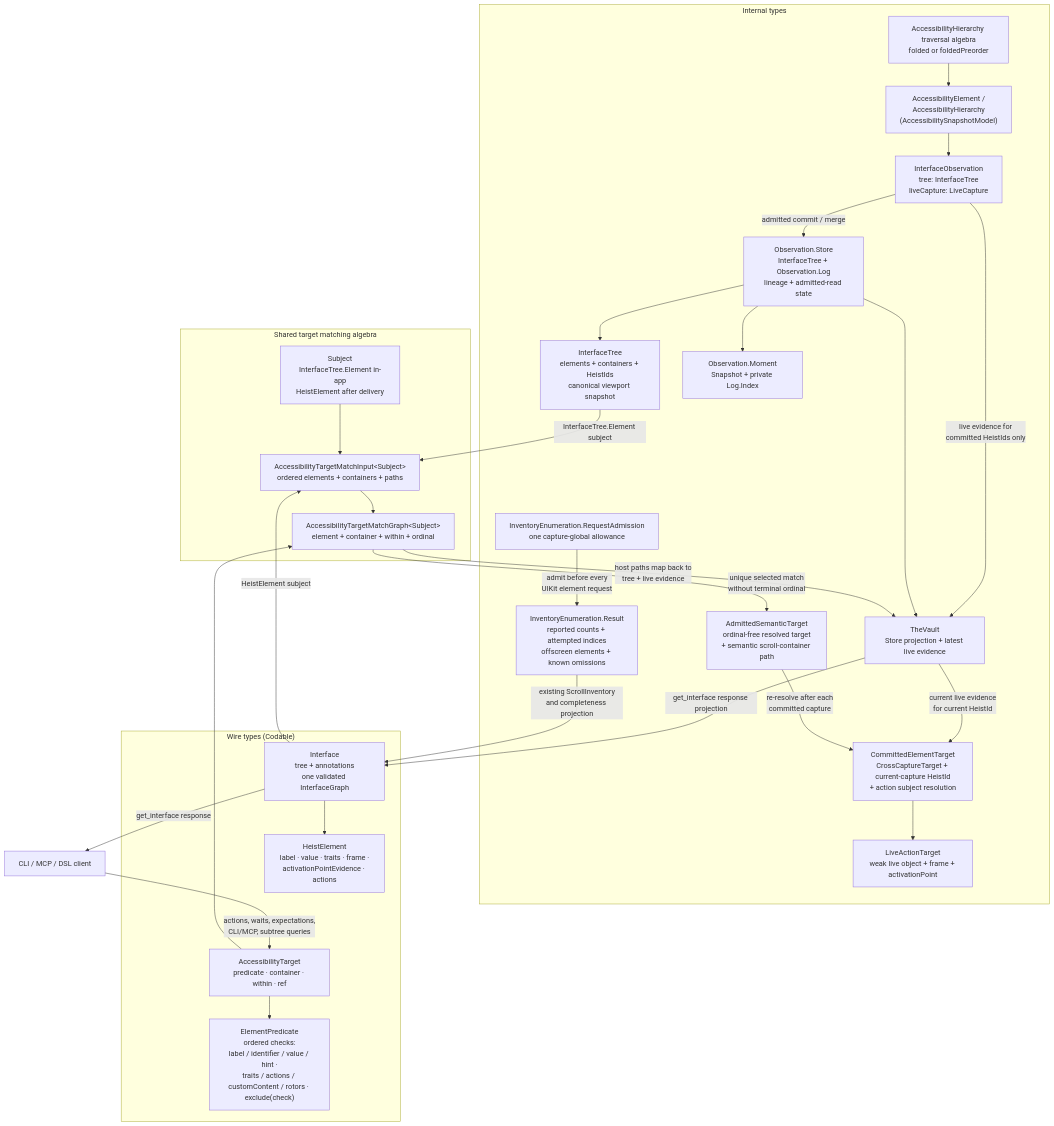
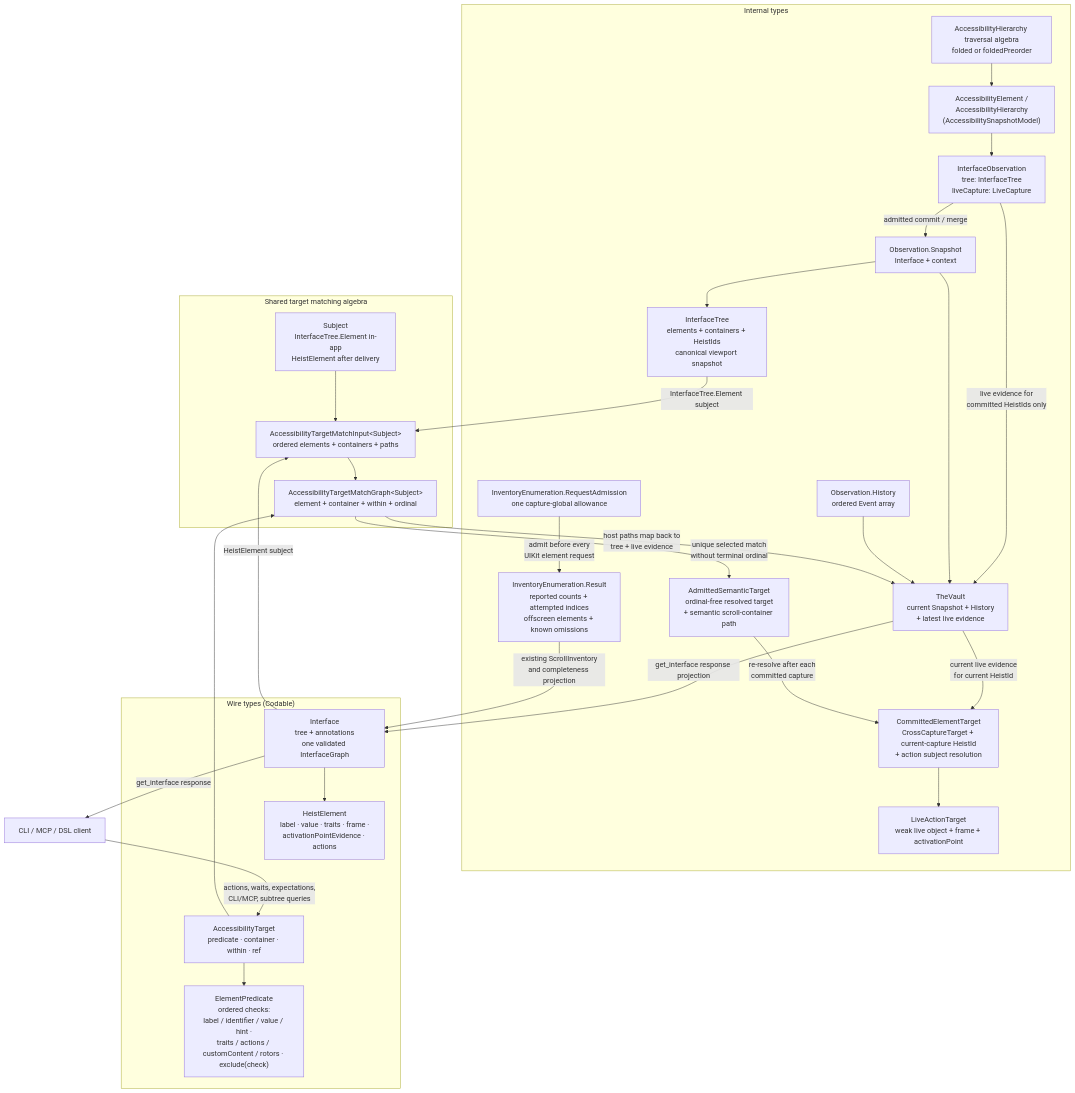
Before and after one commit to RoyalPineapple/TheButtonHeist: the diagram in docs/diagrams/currency-types.md, drawn with Mermaid. The commit also changed other lines of this file and 326 other files, not shown here.

````diff
--- a/docs/diagrams/currency-types.md
+++ b/docs/diagrams/currency-types.md
@@ -8,58 +8,58 @@
 ```mermaid
 flowchart TD
     subgraph internal["Internal types"]
         WALK["AccessibilityHierarchy traversal algebra<br/>folded or foldedPreorder"]
         AXE["AccessibilityElement /<br/>AccessibilityHierarchy<br/>(AccessibilitySnapshotModel)"]
         OBS["InterfaceObservation<br/>tree: InterfaceTree<br/>liveCapture: LiveCapture"]
         TREE["InterfaceTree<br/>elements + containers + HeistIds<br/>canonical viewport snapshot"]
-        STORE["Observation.Store<br/>InterfaceTree + Observation.Log<br/>lineage + admitted-read state"]
-        MOMENT["Observation.Moment<br/>Snapshot + private Log.Index"]
-        STASH["TheVault<br/>Store projection + latest live evidence"]
+        SNAPSHOT["Observation.Snapshot<br/>Interface + context"]
+        HISTORY["Observation.History<br/>ordered Event array"]
+        STASH["TheVault<br/>current Snapshot + History<br/>+ latest live evidence"]
         ADMITTED["AdmittedSemanticTarget<br/>ordinal-free resolved target<br/>+ semantic scroll-container path"]
         PIN["CommittedElementTarget<br/>CrossCaptureTarget + current-capture HeistId<br/>+ action subject resolution"]
         LIVET["LiveActionTarget<br/>weak live object + frame + activationPoint"]
         REQUESTS["InventoryEnumeration.RequestAdmission<br/>one capture-global allowance"]
         INVENTORY["InventoryEnumeration.Result<br/>reported counts + attempted indices<br/>offscreen elements + known omissions"]
         WALK --> AXE
         AXE --> OBS
-        OBS -- "admitted commit / merge" --> STORE
+        OBS -- "admitted commit / merge" --> SNAPSHOT
         OBS -- "live evidence for<br/>committed HeistIds only" --> STASH
-        STORE --> TREE
-        STORE --> MOMENT
-        STORE --> STASH
+        SNAPSHOT --> TREE
+        SNAPSHOT --> STASH
+        HISTORY --> STASH
         STASH -- "current live evidence<br/>for current HeistId" --> PIN
         ADMITTED -- "re-resolve after each<br/>committed capture" --> PIN
         PIN --> LIVET
         REQUESTS -- "admit before every<br/>UIKit element request" --> INVENTORY
     end
 
     subgraph wireTypes["Wire types (Codable)"]
         IFACE["Interface<br/>tree + annotations<br/>one validated InterfaceGraph"]
         HE["HeistElement<br/>label · value · traits · frame ·<br/>activationPointEvidence · actions"]
         ET["AccessibilityTarget<br/>predicate · container · within · ref"]
         EP["ElementPredicate<br/>ordered checks:<br/>label / identifier / value / hint ·<br/>traits / actions / customContent / rotors · exclude(check)"]
         IFACE --> HE
         HE ~~~ ET
         ET --> EP
     end
 
     subgraph matching["Shared target matching algebra"]
         SUBJECT["Subject<br/>InterfaceTree.Element in-app<br/>HeistElement after delivery"]
         INPUT["AccessibilityTargetMatchInput&lt;Subject&gt;<br/>ordered elements + containers + paths"]
         MATCH["AccessibilityTargetMatchGraph&lt;Subject&gt;<br/>element + container + within + ordinal"]
         SUBJECT --> INPUT
         INPUT --> MATCH
     end
 
     CLIENT["CLI / MCP / DSL client"]
 
     STASH -- "get_interface response projection" --> IFACE
     IFACE -- "get_interface response" --> CLIENT
     CLIENT -- "actions, waits, expectations,<br/>CLI/MCP, subtree queries" --> ET
     IFACE -- "HeistElement subject" --> INPUT
     TREE -- "InterfaceTree.Element subject" --> INPUT
     ET --> MATCH
     MATCH -- "host paths map back to<br/>tree + live evidence" --> STASH
     MATCH -- "unique selected match<br/>without terminal ordinal" --> ADMITTED
     INVENTORY -- "existing ScrollInventory<br/>and completeness projection" --> IFACE
 ```
````
